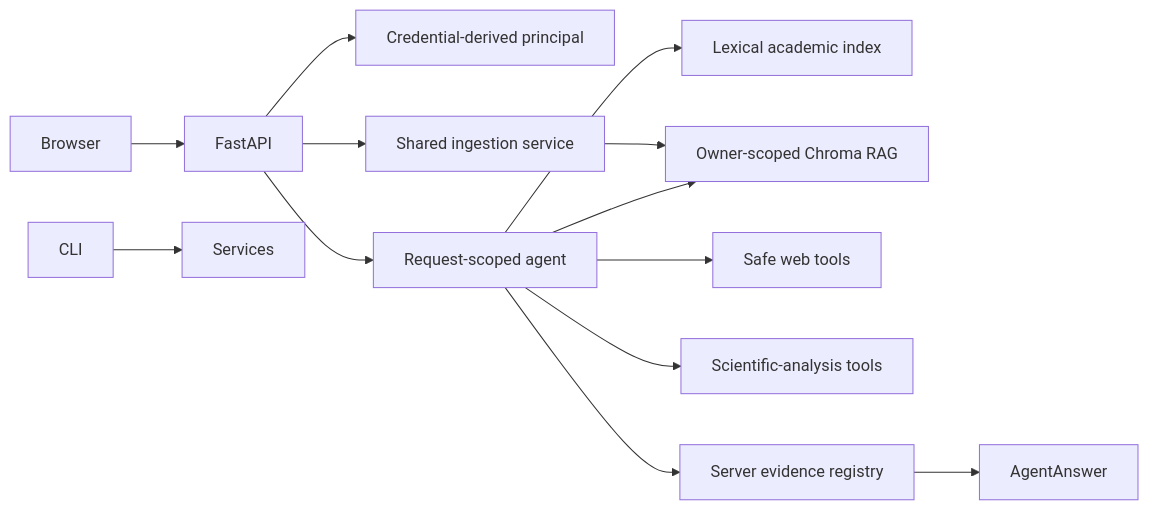
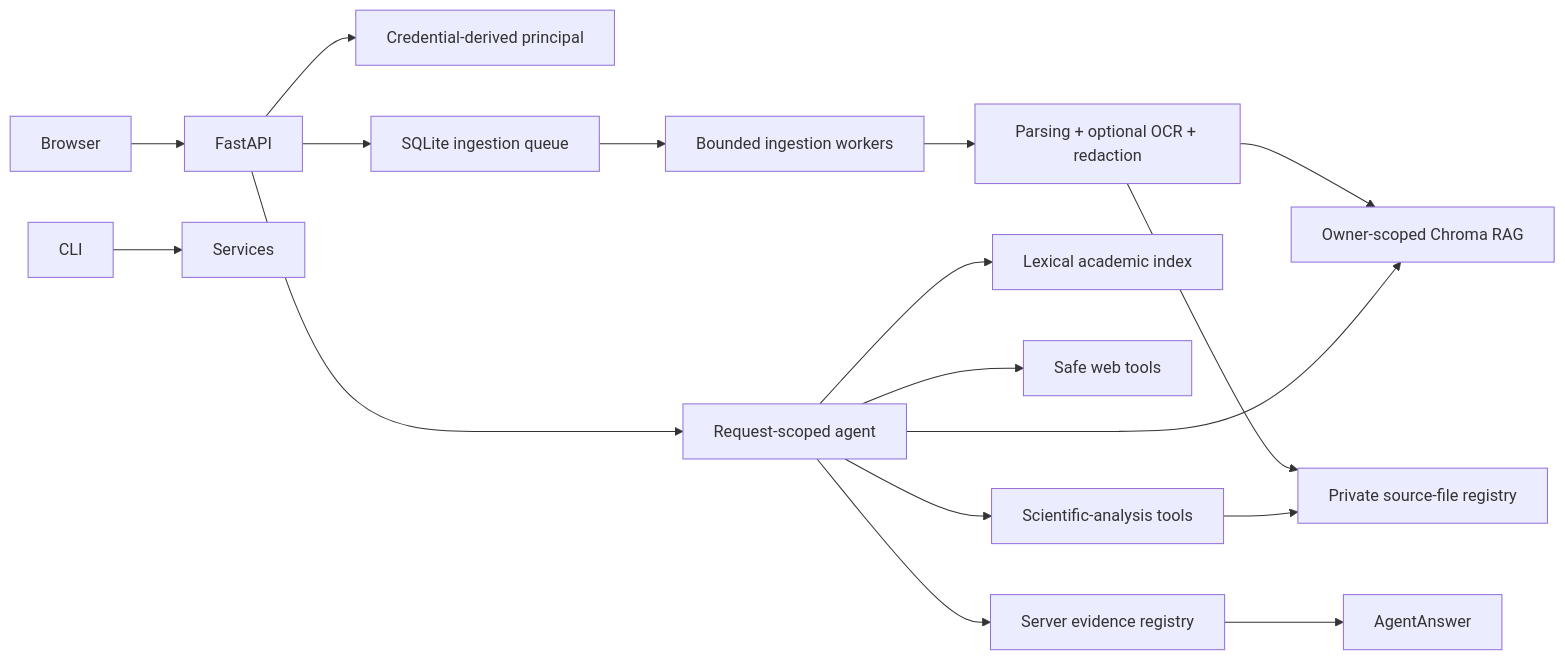
Before and after one commit to Anurag9000/RigorousRAG: the diagram in README.md, drawn with Mermaid. The commit also changed other lines of this file, not shown here.

Commit message:
Document durable ingestion and optional OCR

````diff
--- a/README.md
+++ b/README.md
@@ -16,15 +17,19 @@
 ```mermaid
 graph LR
     Browser --> FastAPI
     CLI --> Services
     FastAPI --> Principal[Credential-derived principal]
     FastAPI --> Agent[Request-scoped agent]
-    FastAPI --> Ingestion[Shared ingestion service]
+    FastAPI --> Queue[SQLite ingestion queue]
+    Queue --> Workers[Bounded ingestion workers]
+    Workers --> Parser[Parsing + optional OCR + redaction]
+    Parser --> RAG[Owner-scoped Chroma RAG]
+    Parser --> Registry[Private source-file registry]
     Agent --> Academic[Lexical academic index]
-    Agent --> RAG[Owner-scoped Chroma RAG]
+    Agent --> RAG
     Agent --> Web[Safe web tools]
     Agent --> Integrity[Scientific-analysis tools]
-    Ingestion --> RAG
+    Integrity --> Registry
     Agent --> Evidence[Server evidence registry]
     Evidence --> Answer[AgentAnswer]
 ```
````
